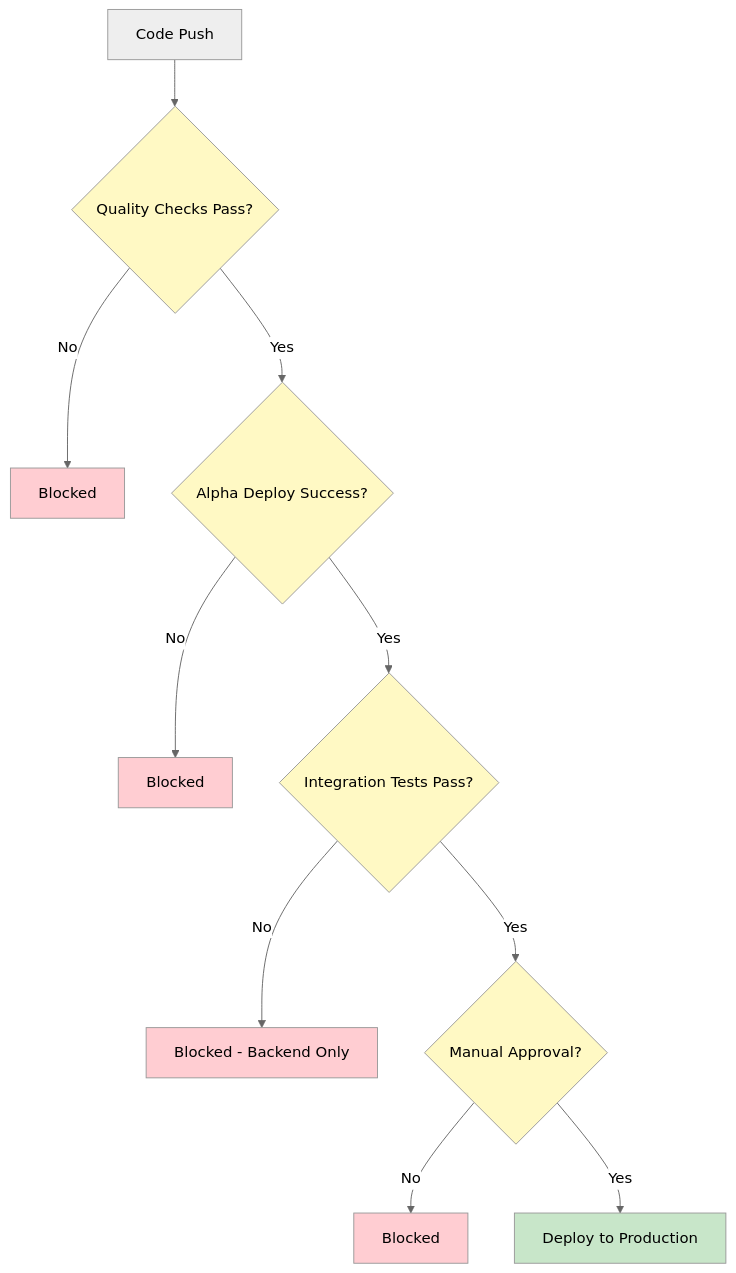
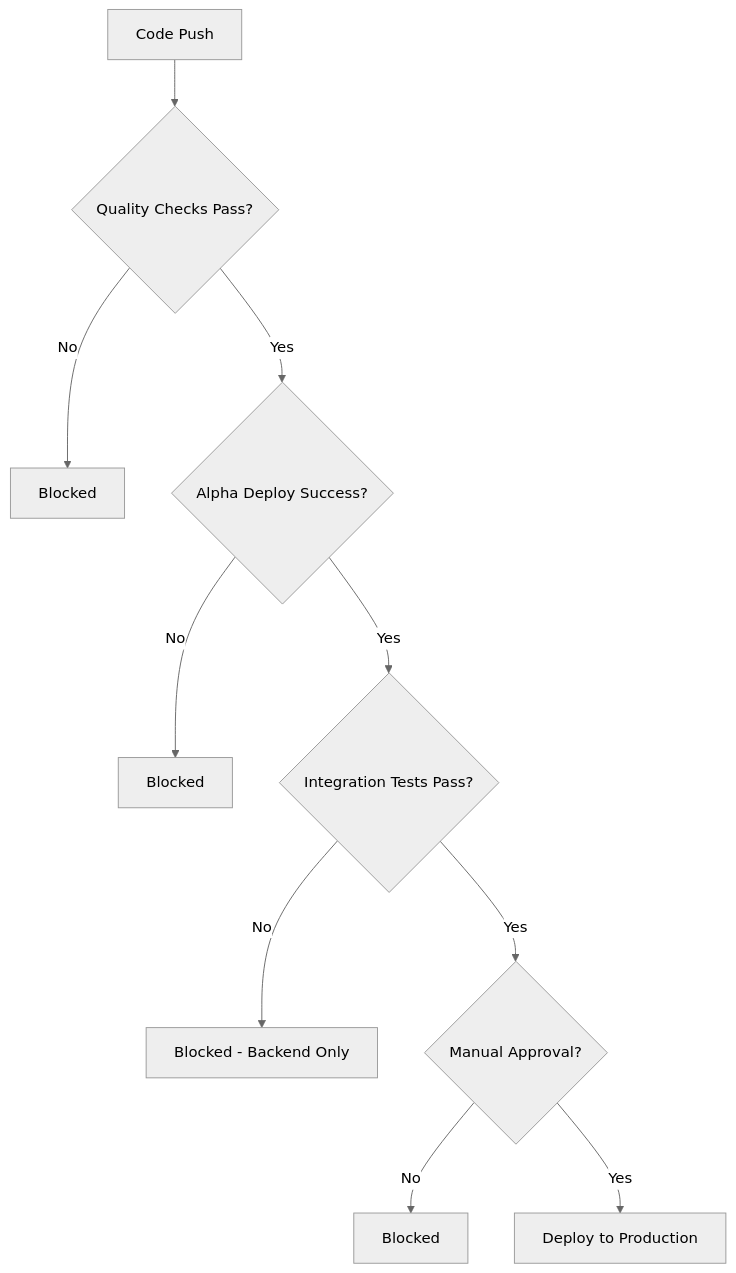
The fourth of 4 diagrams in docs/PIPELINE.md (antho104/RoleReady), drawn with Mermaid (neutral theme) before and after one commit. The commit also changed other lines of this file, not shown here.

First line of the commit message:
docs: remove diagram color styling for better text contrast

````diff
--- a/docs/PIPELINE.md
+++ b/docs/PIPELINE.md
@@ -112,22 +94,12 @@
 ```mermaid
 graph TD
     A[Code Push] --> B{Quality Checks Pass?}
     B -->|No| X1[Blocked]
     B -->|Yes| C{Alpha Deploy Success?}
     C -->|No| X2[Blocked]
     C -->|Yes| D{Integration Tests Pass?}
     D -->|No| X3[Blocked - Backend Only]
     D -->|Yes| E{Manual Approval?}
     E -->|No| X4[Blocked]
     E -->|Yes| F[Deploy to Production]
-
-    style B fill:#fff9c4
-    style C fill:#fff9c4
-    style D fill:#fff9c4
-    style E fill:#fff9c4
-    style F fill:#c8e6c9
-    style X1 fill:#ffcdd2
-    style X2 fill:#ffcdd2
-    style X3 fill:#ffcdd2
-    style X4 fill:#ffcdd2
 ```
````
